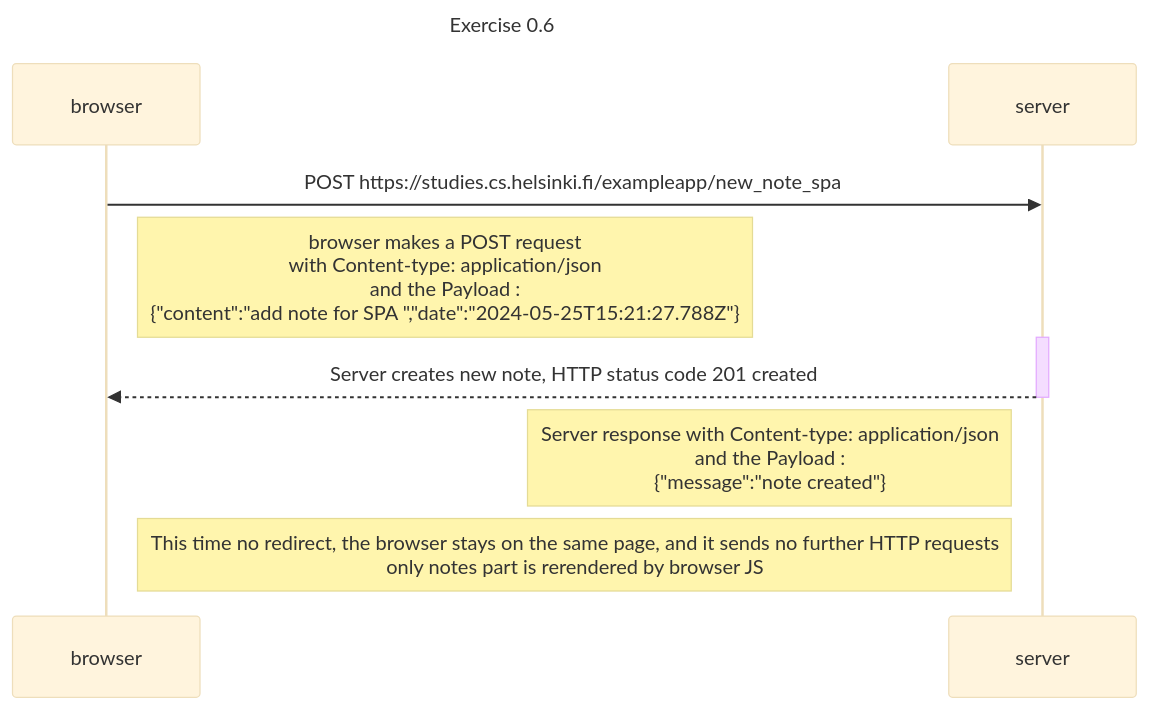
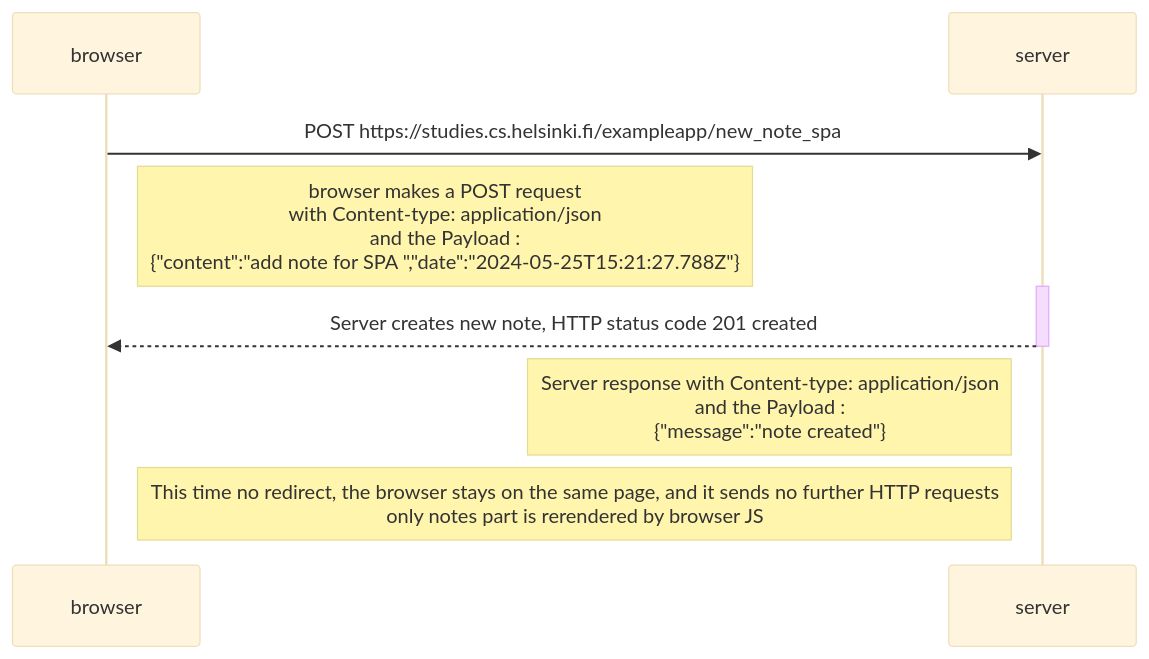
Before and after one commit to P0rt4H3ll3/FullStackHelsinki: the diagram in part0/exercise_0_6.md, drawn with Mermaid (base theme). The commit also changed other lines of this file and 2 other files, not shown here.

Commit message:
fixed MD041 error in VS code Whenever i edited mermaid markdown in vscode i got MD041 error fixed it by adding a #heading https://github.com/DavidAnson/markdownlint/blob/v0.34.0/doc/md041.md

````diff
--- a/part0/exercise_0_6.md
+++ b/part0/exercise_0_6.md
@@ -1,16 +3,15 @@
 ```mermaid
 sequenceDiagram
-title Exercise 0.6 
   participant browser
   participant server
 
   browser->>server: POST https://studies.cs.helsinki.fi/exampleapp/new_note_spa
   Note right of browser: browser makes a POST request<br/> with Content-type: application/json <br/> and the Payload :<br/> {"content":"add note for SPA ","date":"2024-05-25T15:21:27.788Z"}
   activate server
   server-->>browser:  Server creates new note, HTTP status code 201 created
   deactivate server
   Note left of server: Server response with Content-type: application/json <br/> and the Payload :<br/> {"message":"note created"}
 
   Note right of browser: This time no redirect, the browser stays on the same page, and it sends no further HTTP requests <br/> only notes part is rerendered by browser JS
 
 ```
````
